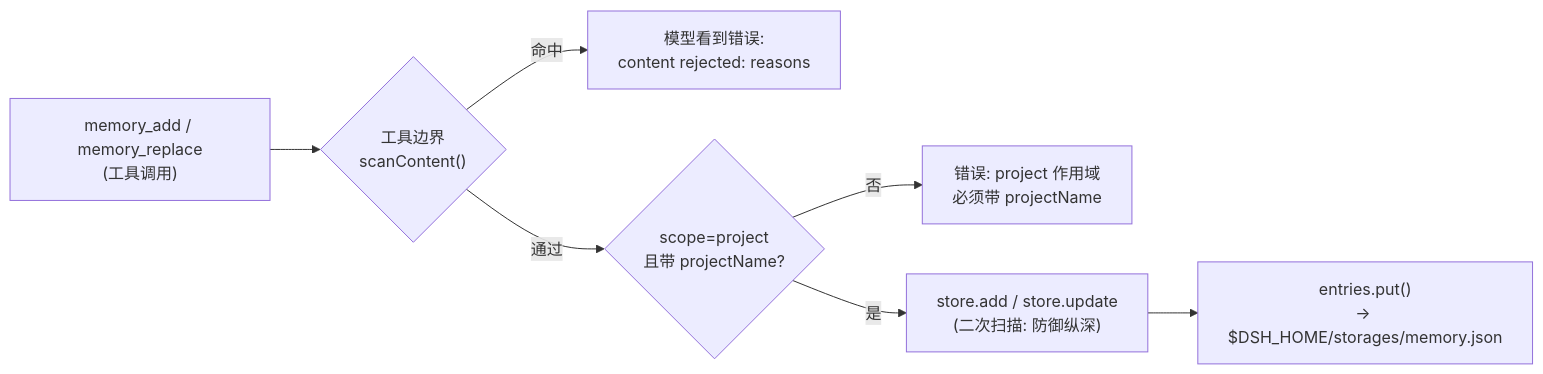
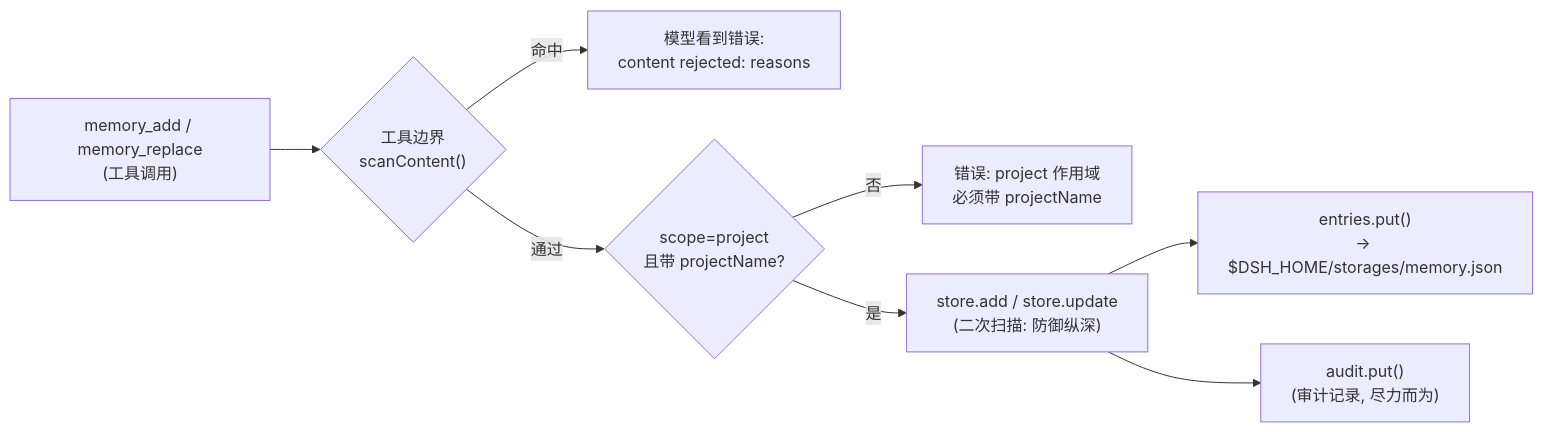
The second of 3 diagrams in docs/TECH_DESIGN.zh-CN.md (chenhw7/dsh-memory), drawn with Mermaid before and after one commit. The commit also changed other lines of this file and 8 other files, not shown here.

````diff
--- a/docs/TECH_DESIGN.zh-CN.md
+++ b/docs/TECH_DESIGN.zh-CN.md
@@ -133,9 +137,10 @@
 ```mermaid
 flowchart LR
   A["memory_add / memory_replace<br/>(工具调用)"] --> B{"工具边界<br/>scanContent()"}
   B -- "命中" --> E1["模型看到错误:<br/>content rejected: reasons"]
   B -- "通过" --> C{"scope=project<br/>且带 projectName?"}
   C -- "否" --> E2["错误: project 作用域<br/>必须带 projectName"]
   C -- "是" --> D["store.add / store.update<br/>(二次扫描: 防御纵深)"]
   D --> E["entries.put()<br/>→ $DSH_HOME/storages/memory.json"]
+  D --> F["audit.put()<br/>(审计记录, 尽力而为)"]
 ```
````
